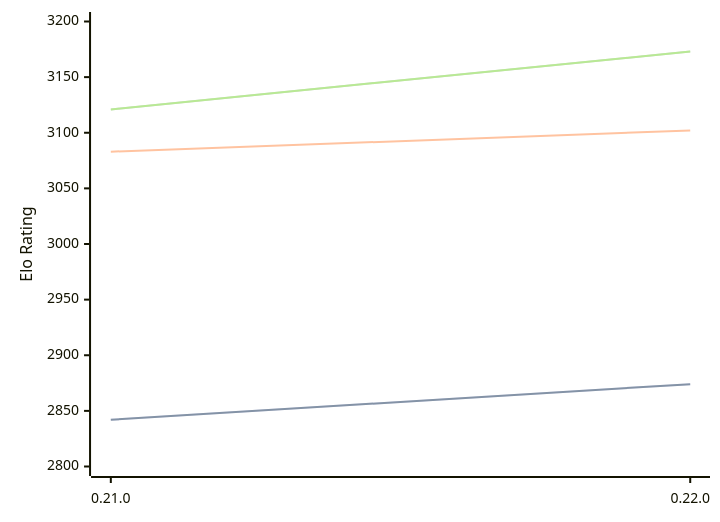
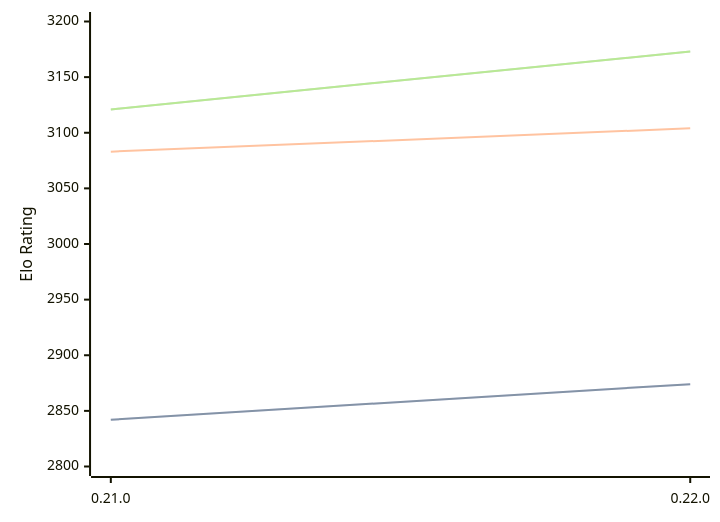
The diagram in engines/Princhess.md (computer-chess-index/cci), drawn with Mermaid before and after one commit. The commit also changed other lines of this file, not shown here.

````diff
--- a/engines/Princhess.md
+++ b/engines/Princhess.md
@@ -32,11 +32,11 @@
 ```mermaid
 %%{init: {"theme":"base","themeVariables":{"seriesColors:['#a3a3a3','#222221','#faa371']}}}%%
 xychart-beta
   x-axis ["0.21.0", "0.22.0"]
   y-axis "Elo Rating" 2800 --> 3200
   line "" [2842, 2874]
   line "STC (8.0+0.08s)" [2842, 2874]
-  line "LTC (60.0+0.60s)" [3083, 3102]
+  line "LTC (60.0+0.60s)" [3083, 3104]
   line "" [3121, 3173]
   line "VLTC (2m24s+1.12s)" [3121, 3173]
 ```
````
